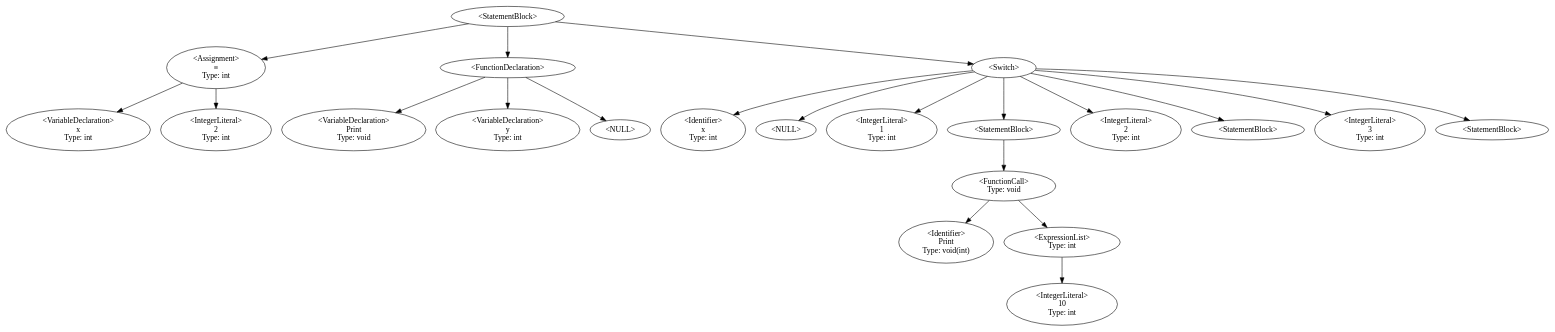
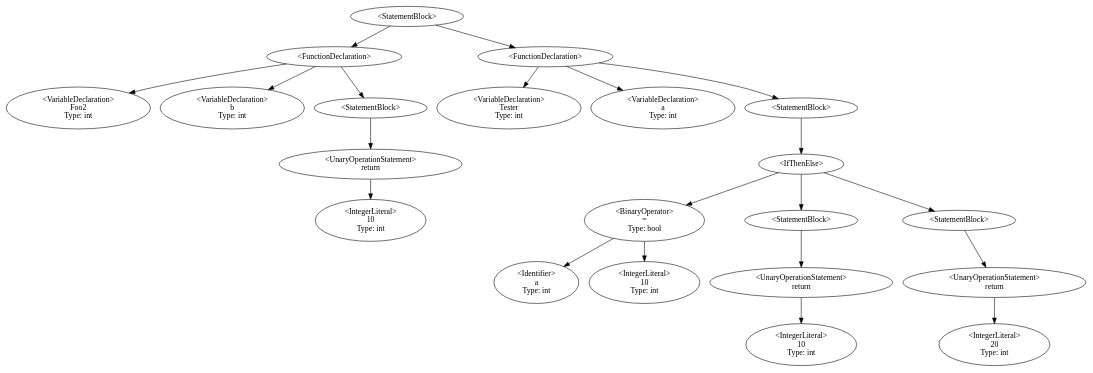
Before and after one commit to QazmoQwerty/dino: the diagram in Dino/Dino/DstDisplay.gv, drawn with Graphviz. The commit also changed 5 other files, not shown here.

```diff
--- a/Dino/Dino/DstDisplay.gv
+++ b/Dino/Dino/DstDisplay.gv
@@ -1,32 +1,33 @@
 digraph G {
-6 [label="<StatementBlock>"];6->11;6->14;6->20;
-11 [label="<Assignment>\n≡
-Type: int"];11->9;11->7;
-9 [label="<VariableDeclaration>\nx
+7 [label="<StatementBlock>"];7->10;7->22;
+10 [label="<FunctionDeclaration>"];10->8;10->11;10->13;
+8 [label="<VariableDeclaration>\nFoo2
 Type: int"];
-7 [label="<IntegerLiteral>\n2
+11 [label="<VariableDeclaration>\nb
 Type: int"];
-14 [label="<FunctionDeclaration>"];14->12;14->15;14->-1;-1 [label="<NULL>"];
-12 [label="<VariableDeclaration>\nPrint
-Type: void"];
-15 [label="<VariableDeclaration>\ny
+13 [label="<StatementBlock>"];13->16;
+16 [label="<UnaryOperationStatement>\nreturn"];16->14;
+14 [label="<IntegerLiteral>\n10
 Type: int"];
-20 [label="<Switch>"];20->21;20->-2;-2 [label="<NULL>"];20->29;20->22;20->32;20->31;20->35;20->34;
-21 [label="<Identifier>\nx
+22 [label="<FunctionDeclaration>"];22->20;22->23;22->25;
+20 [label="<VariableDeclaration>\nTester
 Type: int"];
-29 [label="<IntegerLiteral>\n1
+23 [label="<VariableDeclaration>\na
 Type: int"];
-22 [label="<StatementBlock>"];22->23;
-23 [label="<FunctionCall>\nType: void"];23->24;23->25;
-24 [label="<Identifier>\nPrint
-Type: void(int)"];
-25 [label="<ExpressionList>\nType: int"];25->27;
+25 [label="<StatementBlock>"];25->26;
+26 [label="<IfThenElse>"];26->30;26->32;26->36;
+30 [label="<BinaryOperator>\n=
+Type: bool"];30->29;30->27;
+29 [label="<Identifier>\na
+Type: int"];
 27 [label="<IntegerLiteral>\n10
 Type: int"];
-32 [label="<IntegerLiteral>\n2
+32 [label="<StatementBlock>"];32->35;
+35 [label="<UnaryOperationStatement>\nreturn"];35->33;
+33 [label="<IntegerLiteral>\n10
 Type: int"];
-31 [label="<StatementBlock>"];
-35 [label="<IntegerLiteral>\n3
+36 [label="<StatementBlock>"];36->39;
+39 [label="<UnaryOperationStatement>\nreturn"];39->37;
+37 [label="<IntegerLiteral>\n20
 Type: int"];
-34 [label="<StatementBlock>"];
 }
```
